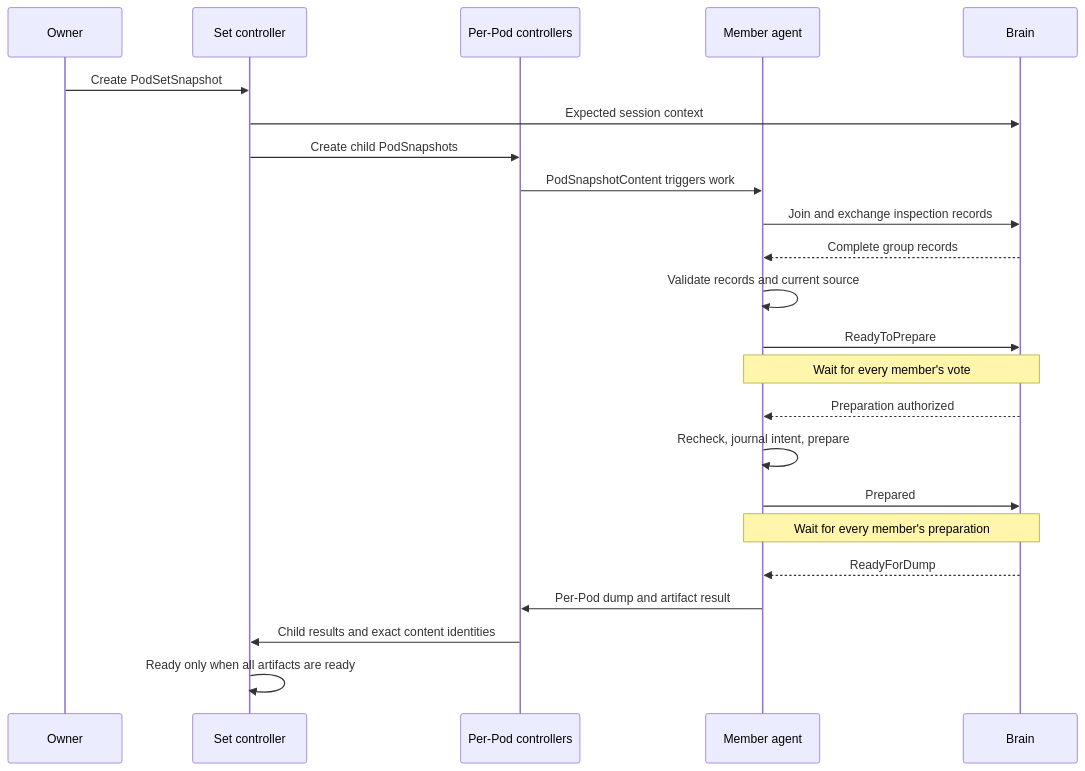
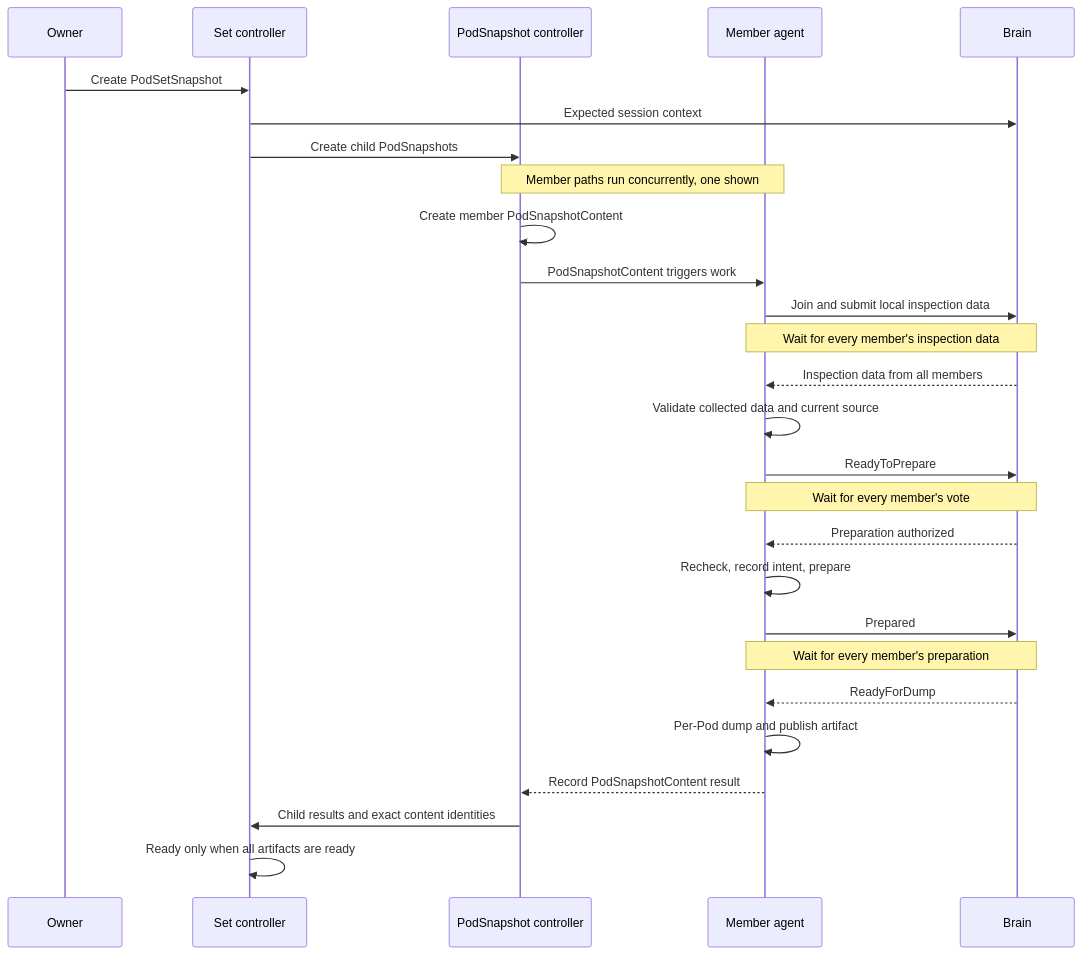
One commit to ai-dynamo/snapshot changed the second of 5 diagrams in docs/proposals/324-multi-pod-snapshot-restore/README.md. Above: the diagram before and after it, drawn with Mermaid. The commit also changed other lines of this file, not shown here.

Commit message:
docs: simplify multi-pod snapshot proposal

````diff
--- a/docs/proposals/324-multi-pod-snapshot-restore/README.md
+++ b/docs/proposals/324-multi-pod-snapshot-restore/README.md
@@ -317,25 +336,29 @@
 ```mermaid
 sequenceDiagram
     participant O as Owner
     participant C as Set controller
-    participant P as Per-Pod controllers
+    participant P as PodSnapshot controller
     participant A as Member agent
     participant B as Brain
     O->>C: Create PodSetSnapshot
     C->>B: Expected session context
     C->>P: Create child PodSnapshots
+    Note over P,A: Member paths run concurrently, one shown
+    P->>P: Create member PodSnapshotContent
     P->>A: PodSnapshotContent triggers work
-    A->>B: Join and exchange inspection records
-    B-->>A: Complete group records
-    A->>A: Validate records and current source
+    A->>B: Join and submit local inspection data
+    Note over A,B: Wait for every member's inspection data
+    B-->>A: Inspection data from all members
+    A->>A: Validate collected data and current source
     A->>B: ReadyToPrepare
     Note over A,B: Wait for every member's vote
     B-->>A: Preparation authorized
-    A->>A: Recheck, journal intent, prepare
+    A->>A: Recheck, record intent, prepare
     A->>B: Prepared
     Note over A,B: Wait for every member's preparation
     B-->>A: ReadyForDump
-    A->>P: Per-Pod dump and artifact result
+    A->>A: Per-Pod dump and publish artifact
+    A-->>P: Record PodSnapshotContent result
     P->>C: Child results and exact content identities
     C->>C: Ready only when all artifacts are ready
 ```
````
